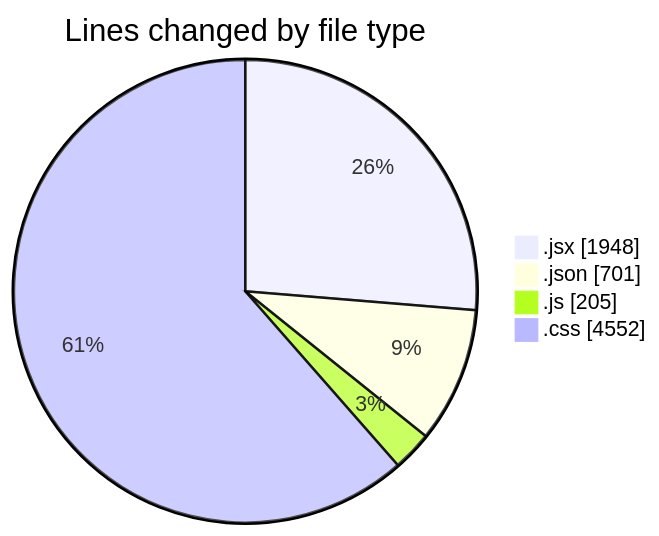
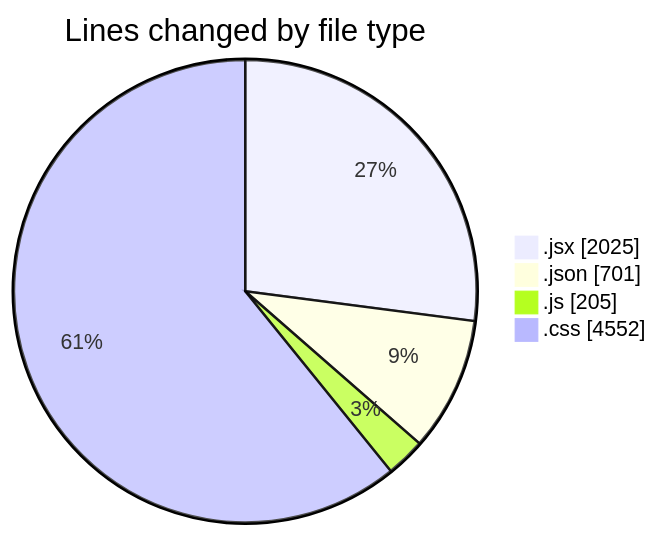
One commit to BS-eng2023/code-tracking changed the first of 2 diagrams in 2025-05-04/project/README.md. Above: the diagram before and after it, drawn with Mermaid. The commit also changed other lines of this file and 1 other file, not shown here.

````diff
--- a/2025-05-04/project/README.md
+++ b/2025-05-04/project/README.md
@@ -43,8 +43,8 @@
 ```mermaid
 pie showData
 title Lines changed by file type
-".jsx" : 1948
+".jsx" : 2025
 ".json" : 701
 ".js" : 205
 ".css" : 4552
 ```
````
